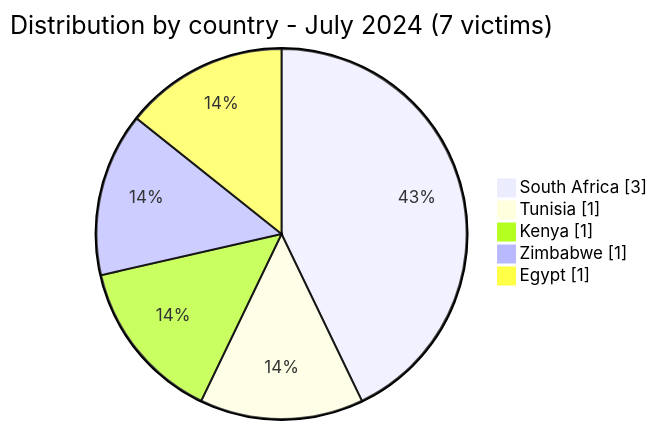
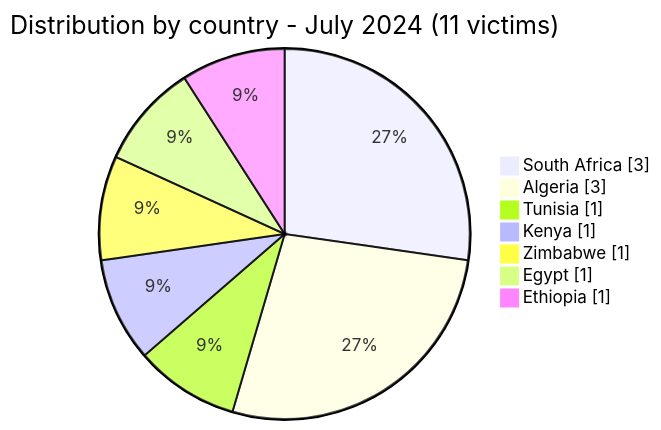
The second of 5 diagrams in CyberAttackAfrica/2024/07-july/README.md (Hatchepsoute/AFRINTEL), drawn with Mermaid before and after one commit. The commit also changed other lines of this file and 255 other files, not shown here.

````diff
--- a/CyberAttackAfrica/2024/07-july/README.md
+++ b/CyberAttackAfrica/2024/07-july/README.md
@@ -60,9 +70,11 @@
 ```mermaid
 pie showData
-    title Distribution by country - July 2024 (7 victims)
+    title Distribution by country - July 2024 (11 victims)
     "South Africa" : 3
+    "Algeria" : 3
     "Tunisia" : 1
     "Kenya" : 1
     "Zimbabwe" : 1
     "Egypt" : 1
+    "Ethiopia" : 1
 ```
````
